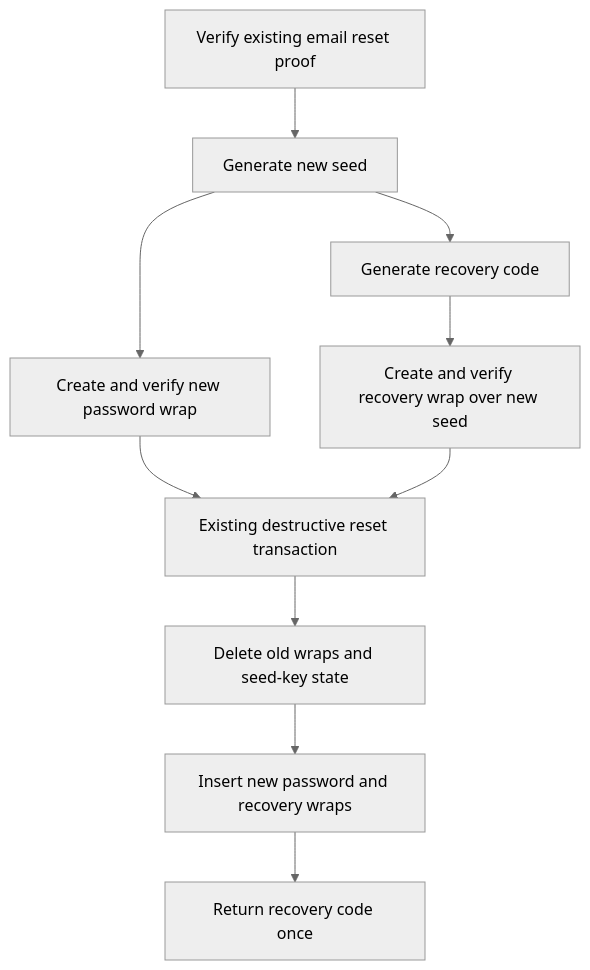
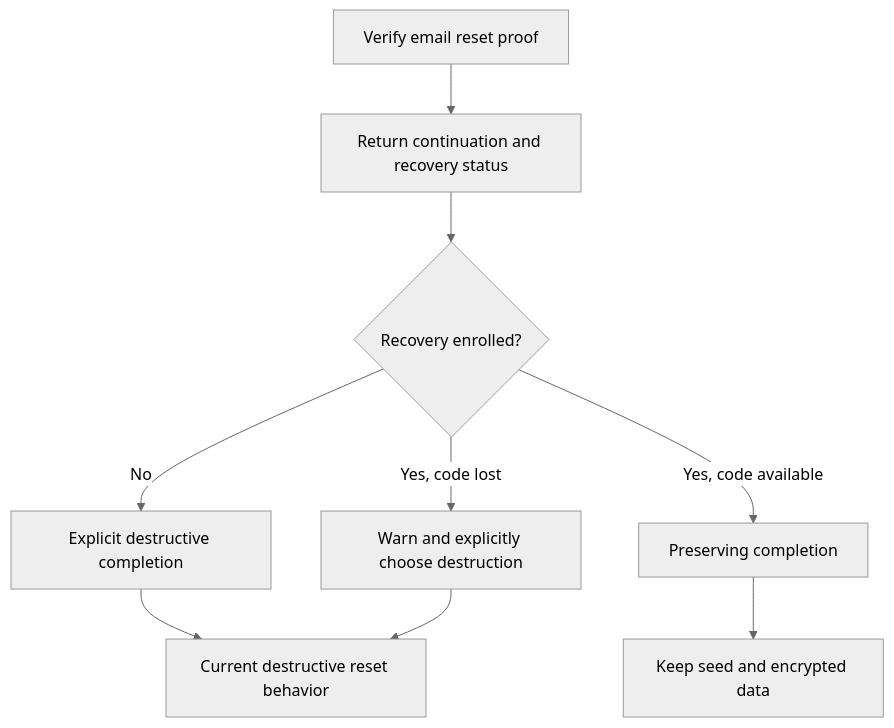
One commit to OpenSecretCloud/Maple changed the fifth of 6 diagrams in services/opensecret/docs/recovery-credential-plan.md. Above: the diagram before and after it, drawn with Mermaid (neutral theme). The commit also changed other lines of this file, not shown here.

Commit message:
docs: add recovery-aware reset v2 flow

````diff
--- a/services/opensecret/docs/recovery-credential-plan.md
+++ b/services/opensecret/docs/recovery-credential-plan.md
@@ -363,12 +431,11 @@
 ```mermaid
 flowchart TD
-    A[Verify existing email reset proof] --> B[Generate new seed]
-    B --> C[Create and verify new password wrap]
-    B --> D[Generate recovery code]
-    D --> E[Create and verify recovery wrap over new seed]
-    C --> F[Existing destructive reset transaction]
-    E --> F
-    F --> G[Delete old wraps and seed-key state]
-    G --> H[Insert new password and recovery wraps]
-    H --> I[Return recovery code once]
+    A[Verify email reset proof] --> B[Return continuation and recovery status]
+    B --> C{Recovery enrolled?}
+    C -->|No| D[Explicit destructive completion]
+    C -->|Yes, code available| E[Preserving completion]
+    C -->|Yes, code lost| F[Warn and explicitly choose destruction]
+    E --> G[Keep seed and encrypted data]
+    D --> H[Current destructive reset behavior]
+    F --> H
 ```
````
